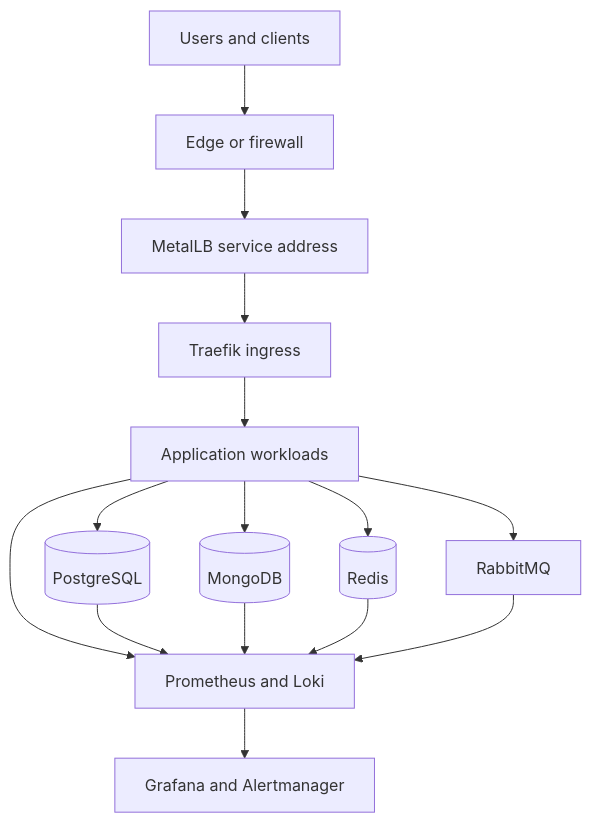
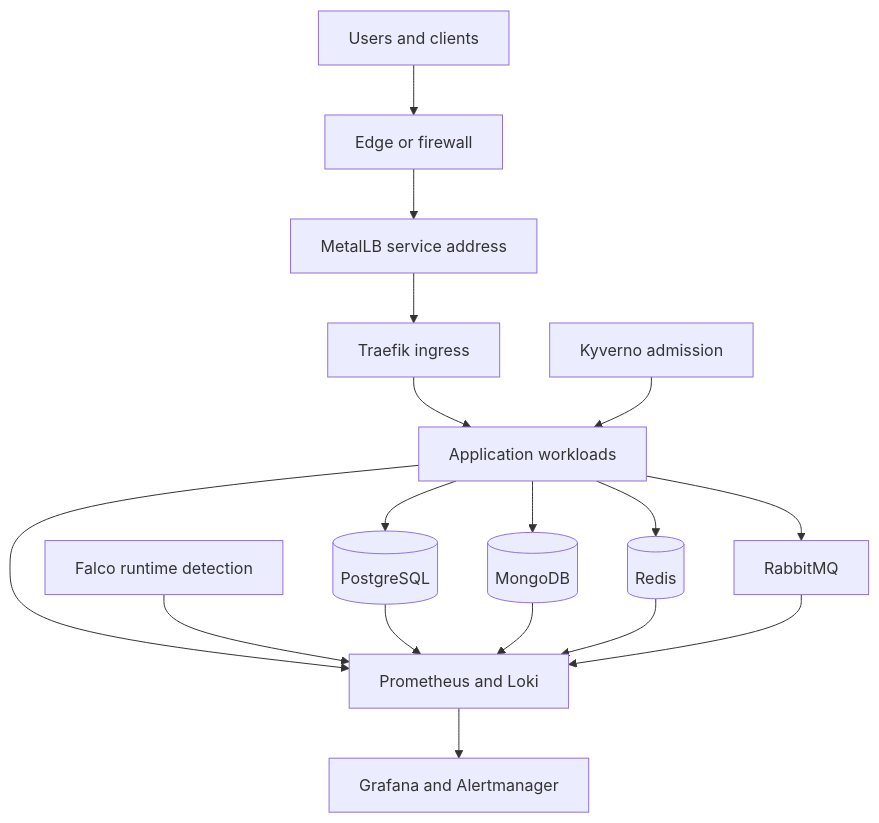
One commit to lalitmohanjaimini/production-k3s-platform-blueprint changed the diagram in README.md. Above: the diagram before and after it, drawn with Mermaid. The commit also changed other lines of this file, not shown here.

Commit message:
docs: document runtime security phase

````diff
--- a/README.md
+++ b/README.md
@@ -26,17 +27,19 @@
 ```mermaid
 flowchart TB
     U[Users and clients] --> E[Edge or firewall]
     E --> M[MetalLB service address]
     M --> T[Traefik ingress]
     T --> A[Application workloads]
+    K[Kyverno admission] --> A
     A --> P[(PostgreSQL)]
     A --> G[(MongoDB)]
     A --> R[(Redis)]
     A --> Q[RabbitMQ]
     A --> O[Prometheus and Loki]
+    F[Falco runtime detection] --> O
     P --> O
     G --> O
     R --> O
     Q --> O
     O --> D[Grafana and Alertmanager]
 ```
````
